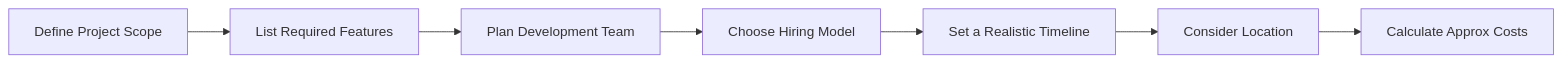
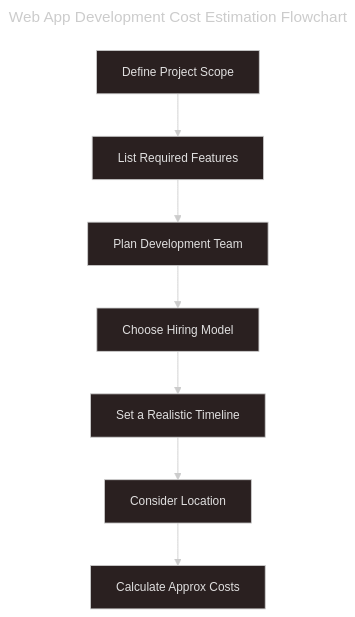
The fourth of 4 diagrams in src/app/blog/Web-App-Development-Cost-Breakdown/page.mdx (sherifButt/ll-site), drawn with Mermaid before and after one commit. The commit also changed other lines of this file and 2 other files, not shown here.

Commit message:
Trying to enhance mermaid but didnt work

````diff
--- a/src/app/blog/Web-App-Development-Cost-Breakdown/page.mdx
+++ b/src/app/blog/Web-App-Development-Cost-Breakdown/page.mdx
@@ -176,9 +187,14 @@
 ```mermaid
-flowchart LR
+---
+title: Web App Development Cost Estimation Flowchart
+config: 
+    theme: neo-dark
+---
+flowchart TD
     A[Define Project Scope] --> B[List Required Features]
     B --> C[Plan Development Team]
     C --> D[Choose Hiring Model]
     D --> E[Set a Realistic Timeline]
     E --> F[Consider Location]
     F --> G[Calculate Approx Costs]
 ```
````
